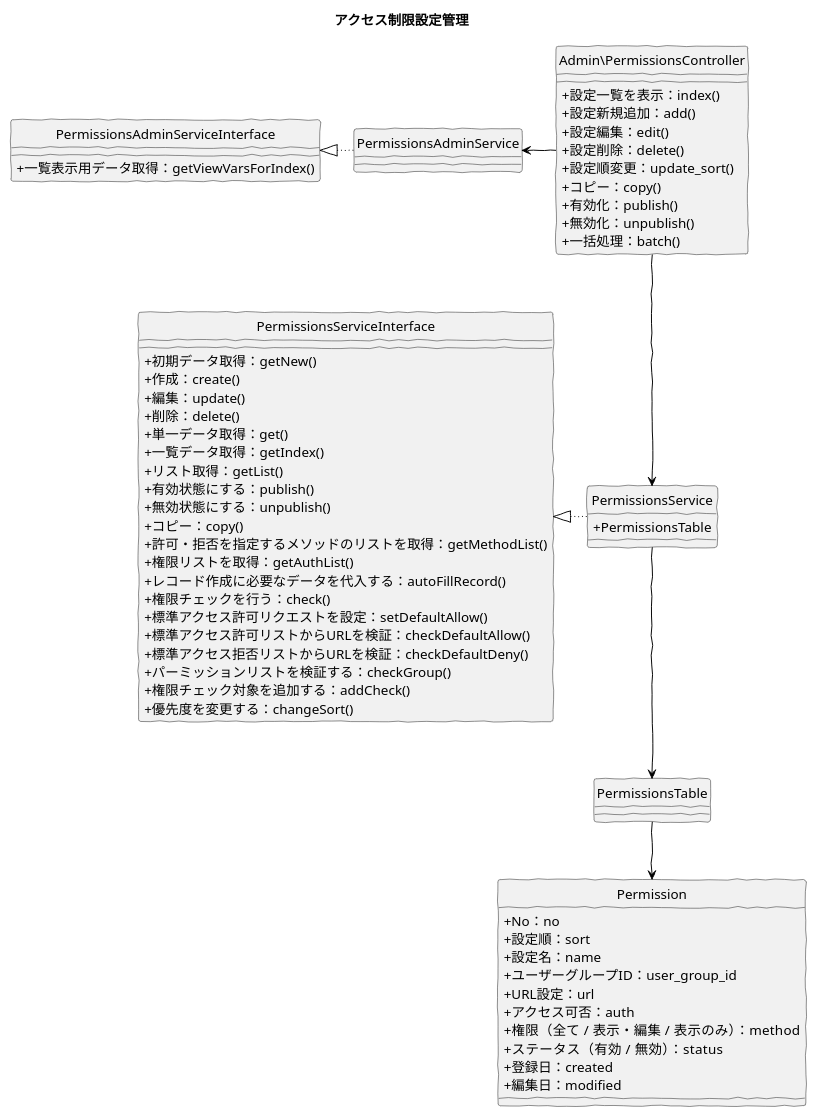
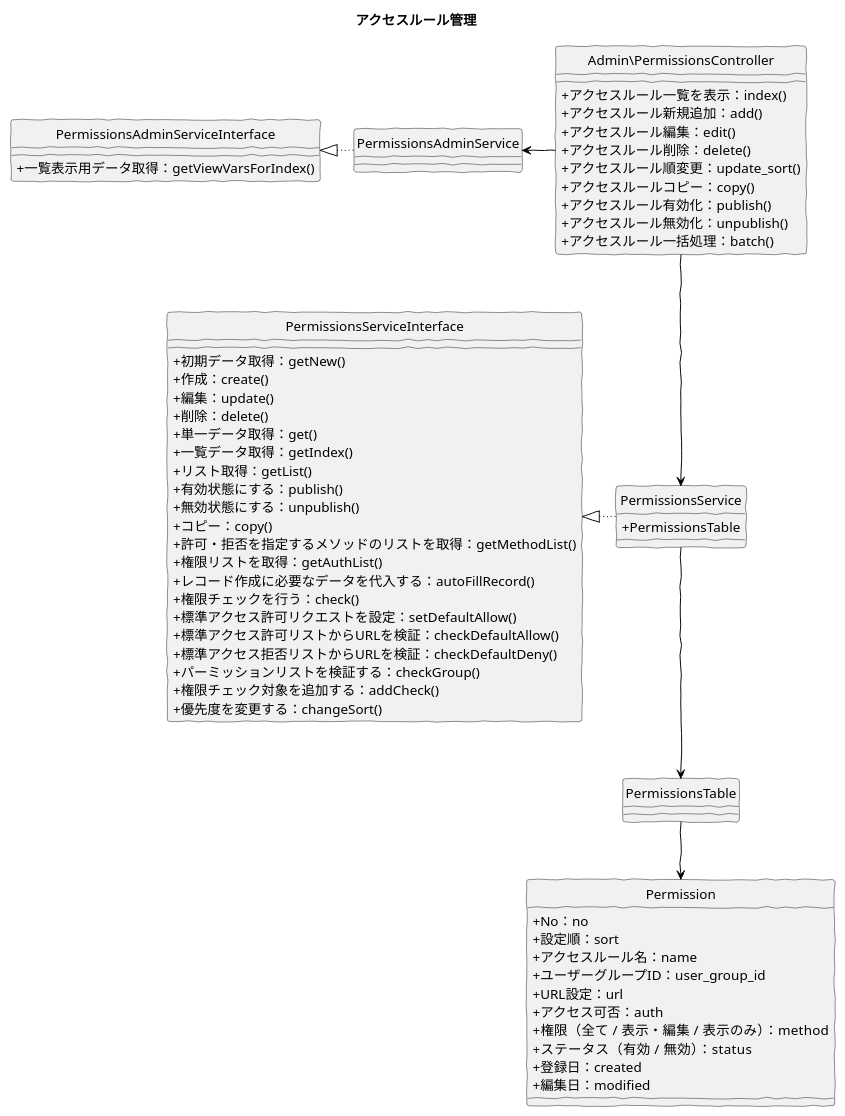
The diagram in src/puml/5/ucmitz/svg/class/baser-core/manage_permissions.puml (baserproject/baserproject.github.io), drawn with PlantUML before and after one commit. The commit also changed 21 other files, not shown here.

```diff
--- a/src/puml/5/ucmitz/svg/class/baser-core/manage_permissions.puml
+++ b/src/puml/5/ucmitz/svg/class/baser-core/manage_permissions.puml
@@ -1,76 +1,75 @@
 @startuml
 skinparam handwritten true
 skinparam backgroundColor white
 hide circle
 skinparam classAttributeIconSize 0
 
-title アクセス制限設定管理
+title アクセスルール管理
 
 class Admin\PermissionsController {
-  + 設定一覧を表示：index()
-  + 設定新規追加：add()
-  + 設定編集：edit()
-  + 設定削除：delete()
-  + 設定順変更：update_sort()
-  + コピー：copy()
-  + 有効化：publish()
-  + 無効化：unpublish()
-  + 一括処理：batch()
+  + アクセスルール一覧を表示：index()
+  + アクセスルール新規追加：add()
+  + アクセスルール編集：edit()
+  + アクセスルール削除：delete()
+  + アクセスルール順変更：update_sort()
+  + アクセスルールコピー：copy()
+  + アクセスルール有効化：publish()
+  + アクセスルール無効化：unpublish()
+  + アクセスルール一括処理：batch()
 }
 
 class PermissionsService {
   + PermissionsTable
 }
 
 class PermissionsServiceInterface {
-
   + 初期データ取得：getNew()
   + 作成：create()
   + 編集：update()
   + 削除：delete()
   + 単一データ取得：get()
   + 一覧データ取得：getIndex()
   + リスト取得：getList()
   + 有効状態にする：publish()
   + 無効状態にする：unpublish()
   + コピー：copy()
   + 許可・拒否を指定するメソッドのリストを取得：getMethodList()
   + 権限リストを取得：getAuthList()
   + レコード作成に必要なデータを代入する：autoFillRecord()
   + 権限チェックを行う：check()
   + 標準アクセス許可リクエストを設定：setDefaultAllow()
   + 標準アクセス許可リストからURLを検証：checkDefaultAllow()
   + 標準アクセス拒否リストからURLを検証：checkDefaultDeny()
   + パーミッションリストを検証する：checkGroup()
   + 権限チェック対象を追加する：addCheck()
   + 優先度を変更する：changeSort()
 }
 
 class PermissionsAdminServiceInterface {
   + 一覧表示用データ取得：getViewVarsForIndex()
 }
 
 class PermissionsTable {
 }
 
 class Permission {
    + No：no
 	 + 設定順：sort
-	 + 設定名：name
+	 + アクセスルール名：name
 	 + ユーザーグループID：user_group_id
 	 + URL設定：url
 	 + アクセス可否：auth
 	 + 権限（全て / 表示・編集 / 表示のみ）：method
 	 + ステータス（有効 / 無効）：status
    + 登録日：created
    + 編集日：modified
 }
 
 Admin\PermissionsController -down[#Black]-> PermissionsService
 Admin\PermissionsController -left[#Black]-> PermissionsAdminService
 PermissionsAdminService -left[dotted,#Black]-|> PermissionsAdminServiceInterface
 PermissionsService -down[#Black]-> PermissionsTable
 PermissionsService -left[dotted,#Black]-|> PermissionsServiceInterface
 PermissionsTable -down[#Black]-> Permission
 
 @enduml
```
